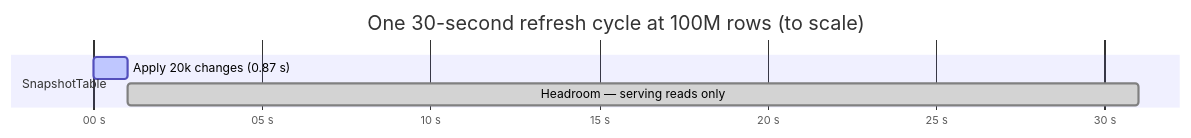
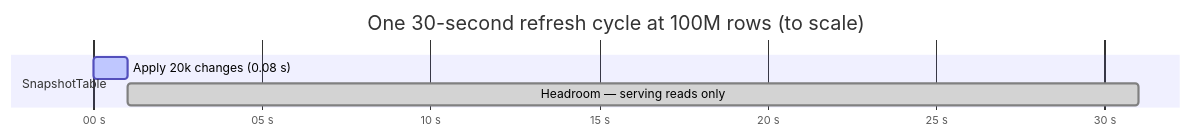
Before and after one commit to danieljoppi/dotnet-tools: the third of 3 diagrams in docs/cache-performance-report.md, drawn with Mermaid. The commit also changed other lines of this file and 10 other files, not shown here.

````diff
--- a/docs/cache-performance-report.md
+++ b/docs/cache-performance-report.md
@@ -204,9 +211,9 @@
 ```mermaid
 gantt
     dateFormat  s
     axisFormat %S s
     title One 30-second refresh cycle at 100M rows (to scale)
     section SnapshotTable
-    Apply 20k changes (0.87 s)      :active, 0, 1s
+    Apply 20k changes (0.08 s)      :active, 0, 1s
     Headroom — serving reads only   :done, 1, 30s
 ```
````
